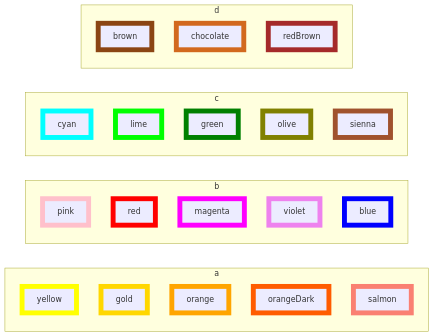
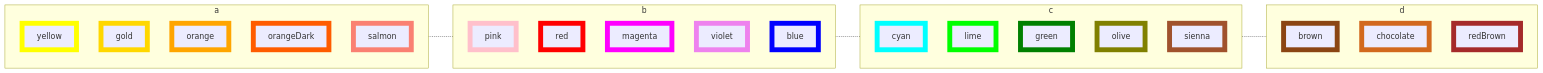
Before and after one commit to Ee-Cs/Ee-Cs.github.io: the second of 2 diagrams in files/fill-and-stroke-colors.md, drawn with Mermaid.

````diff
--- a/files/fill-and-stroke-colors.md
+++ b/files/fill-and-stroke-colors.md
@@ -28,48 +28,49 @@
 ```mermaid
 flowchart LR
 subgraph a
     yellow:::yellow
     gold:::gold
     orange:::orange
     orangeDark:::orangeDark
     salmon:::salmon
 end
 subgraph b
     pink:::pink
     red:::red
     magenta:::magenta
     violet:::violet
     blue:::blue
 end
 subgraph c
     cyan:::cyan
     lime:::lime
     green:::green
     olive:::olive
     sienna:::sienna
 end
 subgraph d
     brown:::brown
     chocolate:::chocolate
     redBrown:::redBrown
 end
+a -.- b -.- c -.- d
 %% Styles
     classDef brown stroke:saddlebrown,stroke-width:10px
     classDef blue stroke:blue,stroke-width:10px
     classDef chocolate stroke:chocolate,stroke-width:10px
     classDef cyan stroke:cyan,stroke-width:10px
     classDef gold stroke:gold,stroke-width:10px
     classDef green stroke:green,stroke-width:10px
     classDef lime stroke:lime,stroke-width:10px
     classDef magenta stroke:magenta,stroke-width:10px
     classDef olive stroke:olive,stroke-width:10px
     classDef orange stroke:orange,stroke-width:10px
     classDef orangeDark stroke:#FF5C00,stroke-width:10px
     classDef pink stroke:pink,stroke-width:10px
     classDef red stroke:red,stroke-width:10px
     classDef redBrown stroke:brown,stroke-width:10px
     classDef salmon stroke:salmon,stroke-width:10px
     classDef sienna stroke:sienna,stroke-width:10px
     classDef violet stroke:violet,stroke-width:10px
     classDef yellow stroke:yellow,stroke-width:10px
 ```
````
